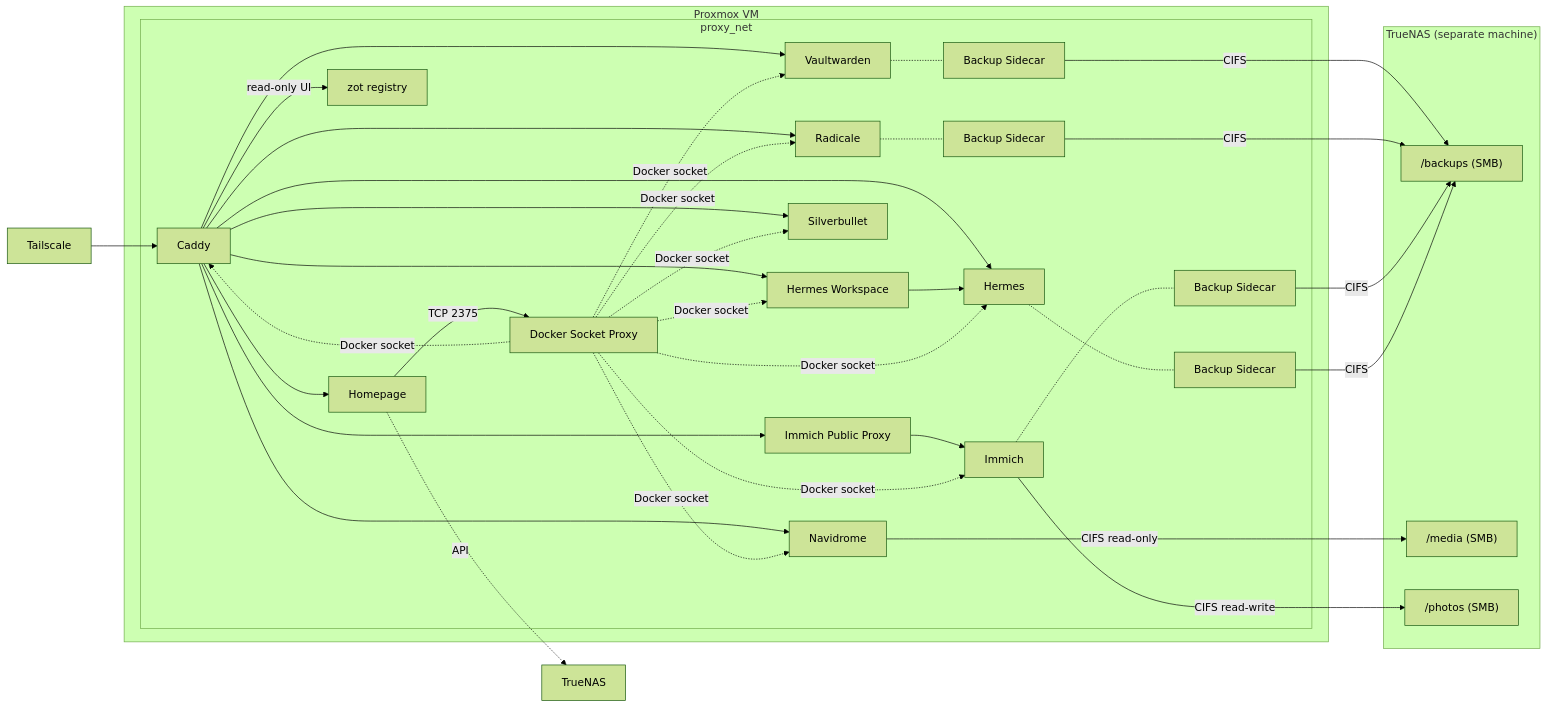
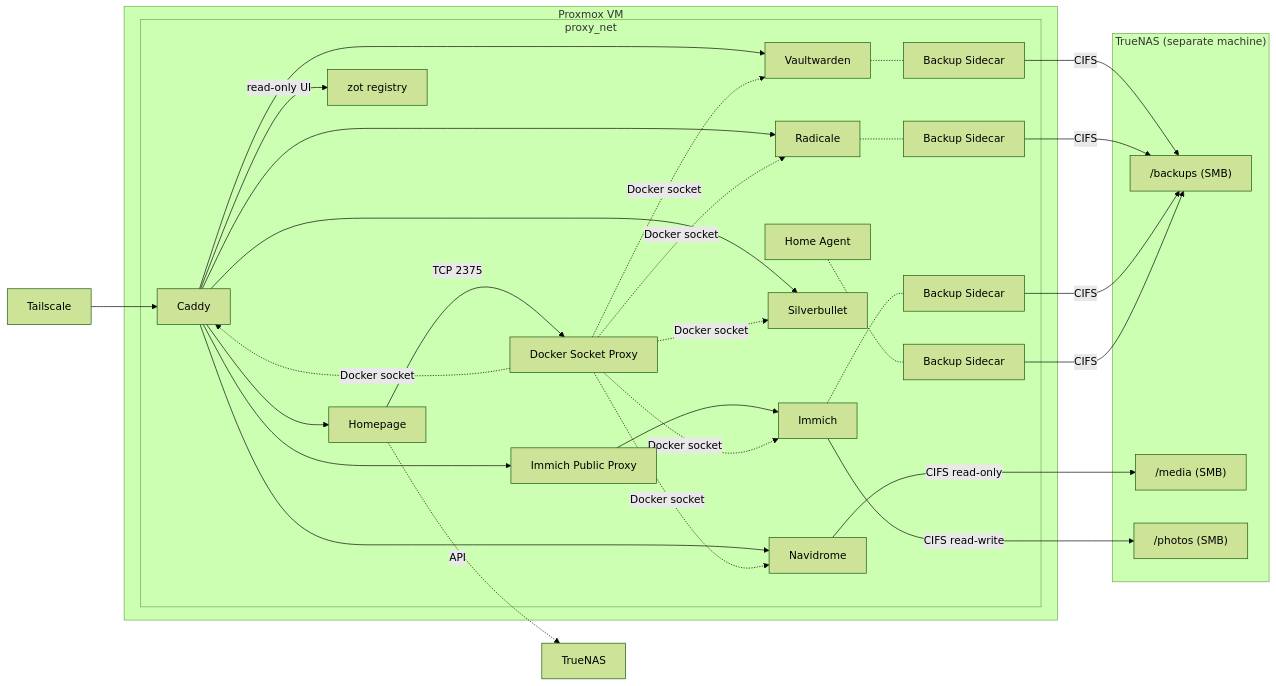
One commit to masolnada/homelab changed the first of 2 diagrams in README.md. Above: the diagram before and after it, drawn with Mermaid (forest theme). The commit also changed other lines of this file and 6 other files, not shown here.

````diff
--- a/README.md
+++ b/README.md
@@ -7,49 +7,44 @@
 ```mermaid
 graph LR
     TS[Tailscale] --> Caddy
 
     subgraph VM["Proxmox VM"]
         subgraph proxy_net
             Caddy --> Homepage
             Caddy --> Vaultwarden
             Caddy --> Navidrome
             Caddy --> Radicale
             Caddy --> Silverbullet
             Caddy --> ImmichProxy[Immich Public Proxy]
-            Caddy --> Hermes
             Caddy -->|read-only UI| Zot[zot registry]
-            Caddy --> HermesWorkspace[Hermes Workspace]
-            HermesWorkspace --> Hermes
             ImmichProxy --> Immich[Immich]
             Homepage -->|TCP 2375| DockerProxy[Docker Socket Proxy]
             DockerProxy -.->|Docker socket| Caddy
             DockerProxy -.->|Docker socket| Vaultwarden
             DockerProxy -.->|Docker socket| Navidrome
             DockerProxy -.->|Docker socket| Radicale
             DockerProxy -.->|Docker socket| Silverbullet
             DockerProxy -.->|Docker socket| Immich
-            DockerProxy -.->|Docker socket| Hermes
-            DockerProxy -.->|Docker socket| HermesWorkspace
             Vaultwarden -.- Backup[Backup Sidecar]
             Radicale -.- RadBackup[Backup Sidecar]
             Immich -.- ImmichBackup[Backup Sidecar]
-            Hermes -.- HermesBackup[Backup Sidecar]
+            HomeAgent[Home Agent] -.- AgentBackup[Backup Sidecar]
         end
     end
 
     subgraph NAS["TrueNAS (separate machine)"]
         backups["/backups (SMB)"]
         media["/media (SMB)"]
         photos["/photos (SMB)"]
     end
 
     Homepage -.->|API| TrueNAS
 
     Backup -->|CIFS| backups
     RadBackup -->|CIFS| backups
     ImmichBackup -->|CIFS| backups
-    HermesBackup -->|CIFS| backups
+    AgentBackup -->|CIFS| backups
 
     Navidrome -->|CIFS read-only| media
     Immich -->|CIFS read-write| photos
 ```
````
